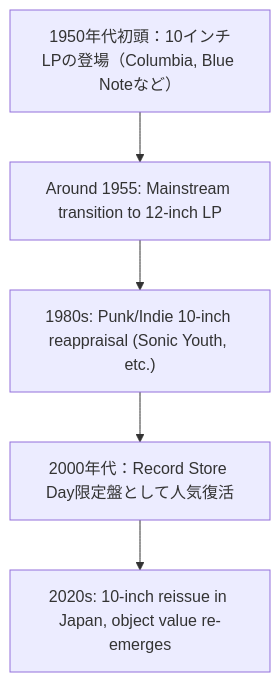
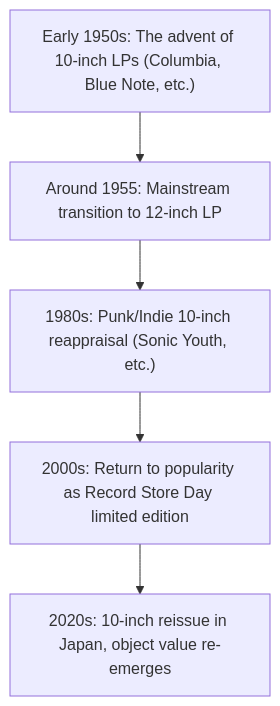
Before and after one commit to monumental-movement/monumental-movement.github.io: the diagram in en/_posts/2025-10-11-Colum-10-Inch-Vinyl.md, drawn with Mermaid. The commit also changed other lines of this file and 359 other files, not shown here.

```diff
--- a/en/_posts/2025-10-11-Colum-10-Inch-Vinyl.md
+++ b/en/_posts/2025-10-11-Colum-10-Inch-Vinyl.md
@@ -130,13 +130,13 @@
 <div class="mermaid">
 
 flowchart TD
-A1950["1950年代初頭：10インチLPの登場（Columbia, Blue Noteなど）"]
+A1950["Early 1950s: The advent of 10-inch LPs (Columbia, Blue Note, etc.)"]
 A1955["Around 1955: Mainstream transition to 12-inch LP"]
 A1980["1980s: Punk/Indie 10-inch reappraisal (Sonic Youth, etc.)"]
-A2000["2000年代：Record Store Day限定盤として人気復活"]
+A2000["2000s: Return to popularity as Record Store Day limited edition"]
 A2020["2020s: 10-inch reissue in Japan, object value re-emerges"]
 
     A1950 --> A1955 --> A1980 --> A2000 --> A2020
 
 
 </div>
```
